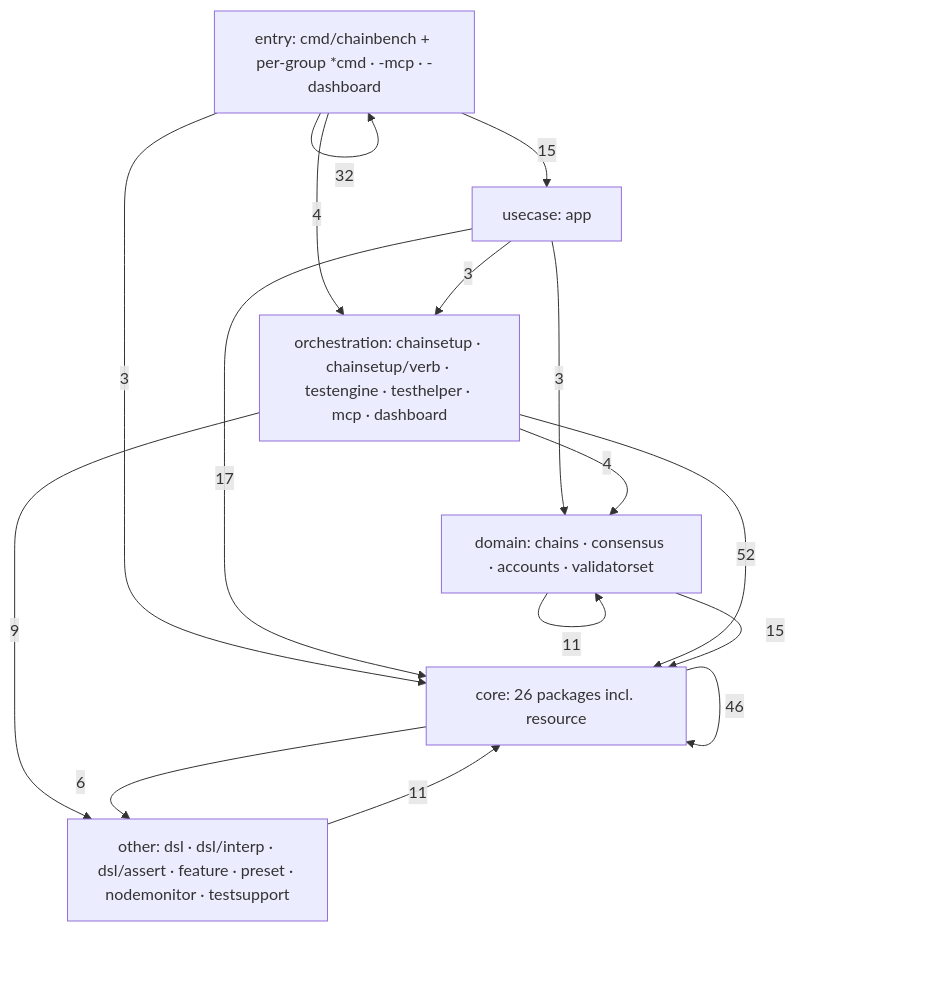
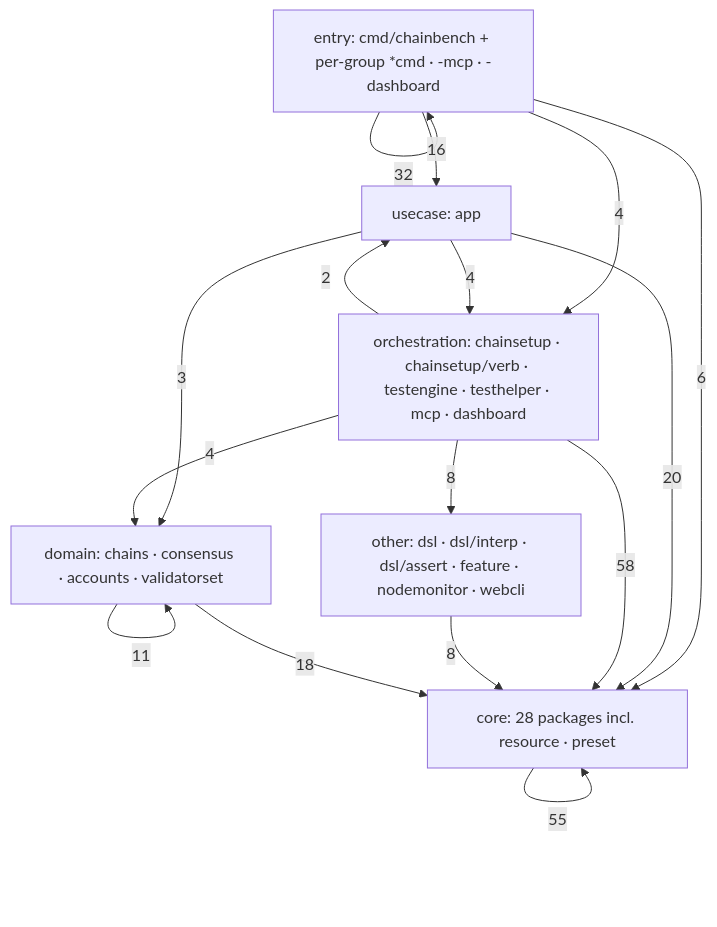
One commit to 0xmhha/chainbench changed the first of 2 diagrams in docs/dev/architecture/code-graph.md. Above: the diagram before and after it, drawn with Mermaid. The commit also changed other lines of this file and 23 other files, not shown here.

First line of the commit message:
docs: reconcile current-state docs with the AST code graph (#457)

````diff
--- a/docs/dev/architecture/code-graph.md
+++ b/docs/dev/architecture/code-graph.md
@@ -51,24 +56,24 @@
 ```mermaid
 flowchart TD
     entry[entry: cmd/chainbench + per-group *cmd · -mcp · -dashboard]
     usecase[usecase: app]
     orch[orchestration: chainsetup · chainsetup/verb · testengine · testhelper · mcp · dashboard]
-    other[other: dsl · dsl/interp · dsl/assert · feature · preset · nodemonitor · testsupport]
+    other[other: dsl · dsl/interp · dsl/assert · feature · nodemonitor · webcli]
     domain[domain: chains · consensus · accounts · validatorset]
-    core[core: 26 packages incl. resource]
+    core[core: 28 packages incl. resource · preset]
     entry -->|32| entry
-    entry -->|15| usecase
+    entry -->|16| usecase
     entry -->|4| orch
-    entry -->|3| core
-    usecase -->|17| core
+    entry -->|6| core
+    usecase -->|20| core
     usecase -->|3| domain
-    usecase -->|3| orch
-    orch -->|52| core
-    orch -->|9| other
+    usecase -->|4| orch
+    orch -->|58| core
+    orch -->|8| other
     orch -->|4| domain
-    other -->|11| core
-    domain -->|15| core
+    orch -->|2| usecase
+    other -->|8| core
+    domain -->|18| core
     domain -->|11| domain
-    core -->|46| core
-    core -->|6| other
+    core -->|55| core
 ```
````
